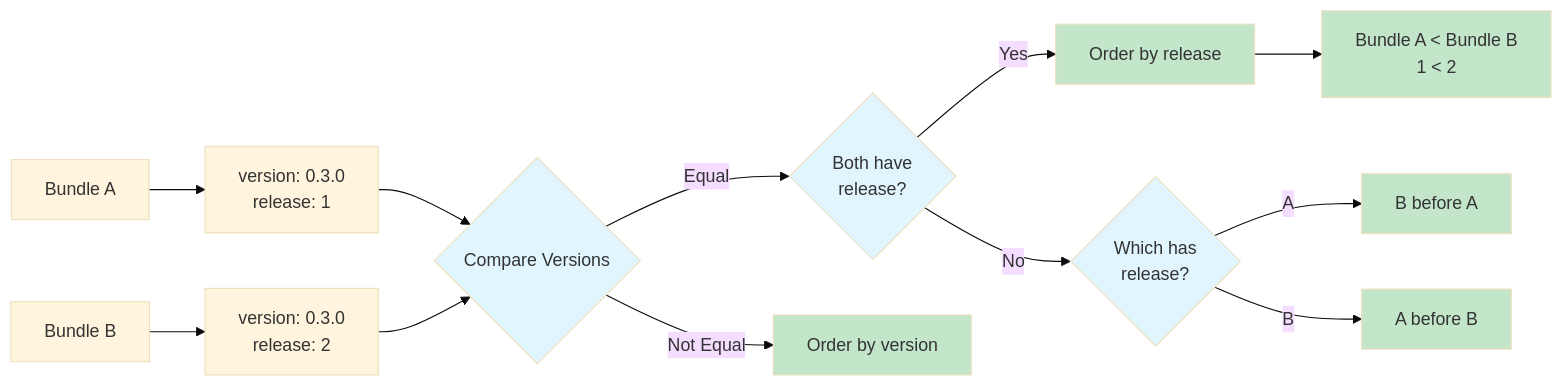
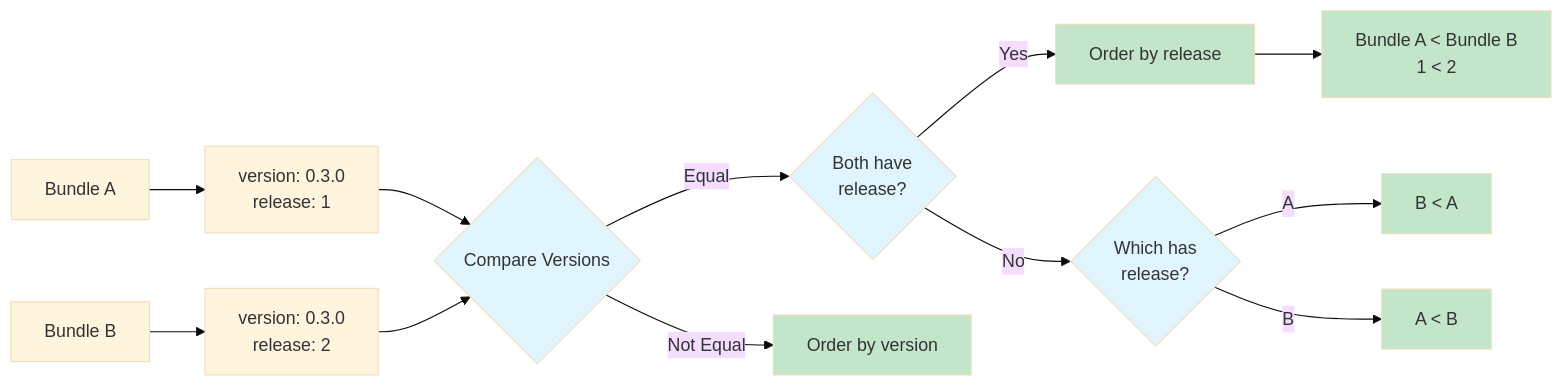
One commit to operator-framework/olm-docs changed the diagram in content/en/docs/Reference/file-based-catalogs.md. Above: the diagram before and after it, drawn with Mermaid (base theme). The commit also changed other lines of this file and 2 other files, not shown here.

````diff
--- a/content/en/docs/Reference/file-based-catalogs.md
+++ b/content/en/docs/Reference/file-based-catalogs.md
@@ -777,28 +777,28 @@
 ```mermaid
 flowchart LR
     A[Bundle A] --> AV[version: 0.3.0<br/>release: 1]
     B[Bundle B] --> BV[version: 0.3.0<br/>release: 2]
 
     AV --> C{Compare Versions}
     BV --> C
 
     C -->|Equal| D{Both have<br/>release?}
     C -->|Not Equal| E[Order by version]
 
     D -->|Yes| F[Order by release]
     D -->|No| G{Which has<br/>release?}
 
-    G -->|A| H[B before A]
-    G -->|B| I[A before B]
+    G -->|A| H[B &lt; A]
+    G -->|B| I[A &lt; B]
 
     F --> J[Bundle A &lt; Bundle B<br/>1 &lt; 2]
 
     style C fill:#e1f5ff
     style D fill:#e1f5ff
     style G fill:#e1f5ff
     style F fill:#c3e6cb
     style E fill:#c3e6cb
     style H fill:#c3e6cb
     style I fill:#c3e6cb
     style J fill:#c3e6cb
 ```
````
